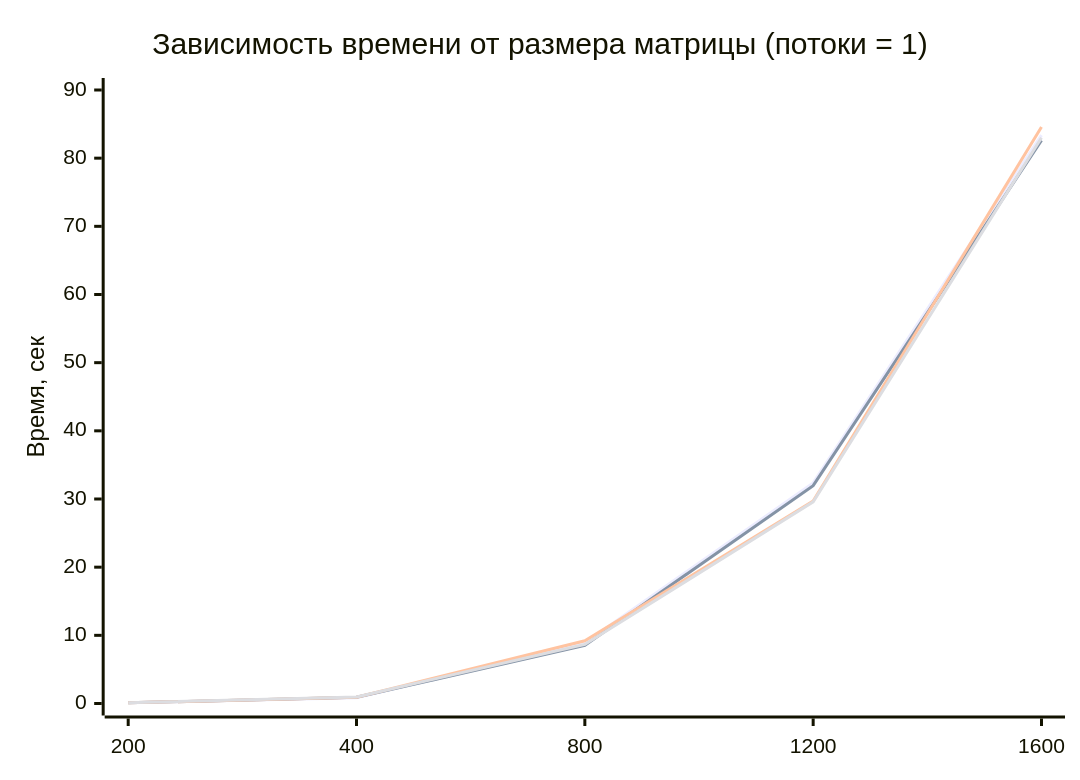
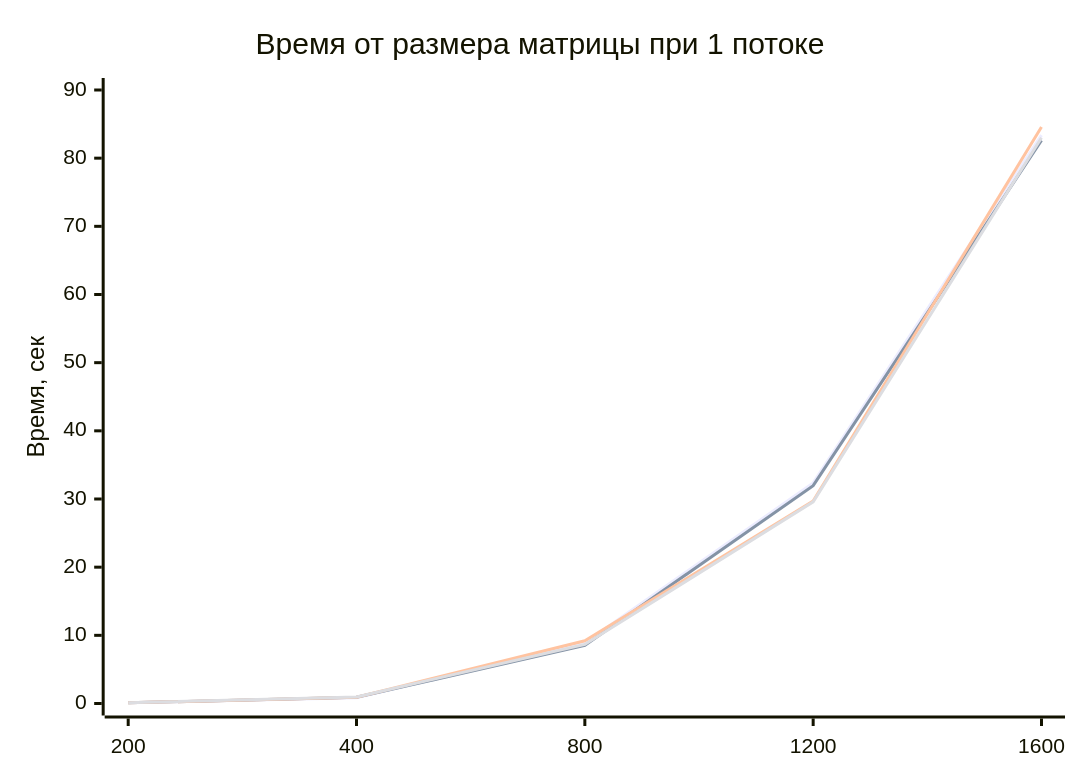
One commit to sanek4338/Parallelnoe_Programming changed the third of 3 diagrams in README.md. Above: the diagram before and after it, drawn with Mermaid. The commit also changed other lines of this file, not shown here.

````diff
--- a/README.md
+++ b/README.md
@@ -153,10 +150,10 @@
 ```mermaid
 xychart-beta
-    title "Зависимость времени от размера матрицы (потоки = 1)"
+    title "Время от размера матрицы при 1 потоке"
     x-axis [200, 400, 800, 1200, 1600]
     y-axis "Время, сек" 0 --> 90
     line "1 ядро" [0.103000, 0.845499, 8.860415, 32.355995, 83.371233]
     line "2 ядра" [0.095172, 0.910272, 8.528934, 31.956459, 82.609997]
     line "4 ядра" [0.094520, 0.910782, 9.195230, 29.702240, 84.563345]
     line "8 ядер" [0.095209, 0.969096, 8.669487, 29.581620, 83.004848]
 ```
````
